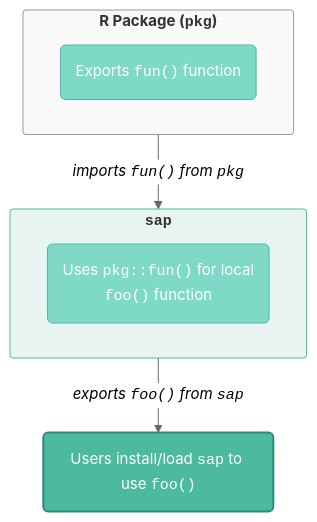
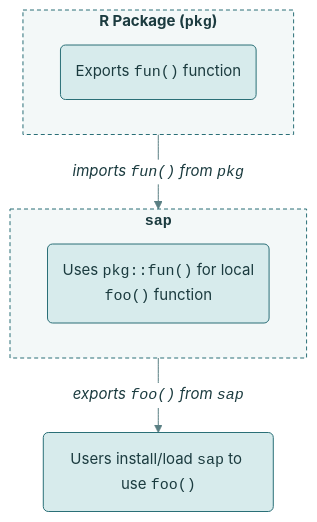
One commit to mjfrigaard/shiny-app-pkgs changed the second of 4 diagrams in dependencies.qmd. Above: the diagram before and after it, drawn with Mermaid. The commit also changed other lines of this file and 22 other files, not shown here.

First line of the commit message:
Standardize mermaid diagrams on the site teal palette

````diff
--- a/dependencies.qmd
+++ b/dependencies.qmd
@@ -211,21 +212,23 @@
 ```{mermaid}
 %%| fig-cap: 'Handling package dependencies'
 %%| fig-align: center
-%%{init: {'theme': 'neutral', 'themeVariables': { 'fontFamily': 'monospace', "fontSize":"15px"}}}%%
+%%{init: {'theme': 'base', 'themeVariables': { 'fontFamily': 'monospace', "fontSize":"15px", "primaryColor":"#D7EBEC", "primaryTextColor":"#1B3B3F", "primaryBorderColor":"#2A6F77", "lineColor":"#5A7F83", "edgeLabelBackground":"#FFFFFF", "clusterBkg":"#F3F8F8", "clusterBorder":"#2A6F77", "darkMode":false}}}%%
 flowchart TD
     subgraph RPkg["<strong>R Package (<code>pkg</code>)</strong>"]
         fun("Exports <code>fun()</code> function")
     end
     subgraph SapPkg["<strong><code>sap</code></strong>"]
     sap("Uses <code>pkg::fun()</code> for local<br><code>foo()</code> function")
     end
     Users("Users install/load <code>sap</code> to use <code>foo()</code>")
     RPkg -->|"<em>imports <code>fun()</code> from <code>pkg</code></em>"| SapPkg
     SapPkg -->|"<em>exports <code>foo()</code> from <code>sap</code></em>"| Users
 
-    style RPkg fill:#f9f9f9,stroke:#999,stroke-width:1px,rx:3,ry:3
-    style SapPkg fill:#e8f4f1,stroke:#4CBB9D,stroke-width:1px,rx:3,ry:3
-    style Users fill:#4CBB9D,color:#fff,stroke:#2d8a7a,stroke-width:2px
-    style fun fill:#7fd9c7,color:#fff,stroke:#4CBB9D,stroke-width:1px
-    style sap fill:#7fd9c7,color:#fff,stroke:#4CBB9D,stroke-width:1px
+    classDef term fill:#2A6F77,color:#FFFFFF,stroke:#1B4F55,stroke-width:1px
+    classDef step fill:#D7EBEC,color:#1B3B3F,stroke:#2A6F77,stroke-width:1px
+    classDef decision fill:#F4C26B,color:#3D2A00,stroke:#B7832B,stroke-width:1px
+    classDef io fill:#FFFFFF,color:#1B3B3F,stroke:#2A6F77,stroke-width:1px
+    class fun,sap,Users step
+    style RPkg fill:#F3F8F8,color:#1B3B3F,stroke:#2A6F77,stroke-width:1px,stroke-dasharray:4 3
+    style SapPkg fill:#F3F8F8,color:#1B3B3F,stroke:#2A6F77,stroke-width:1px,stroke-dasharray:4 3
 ```
````
